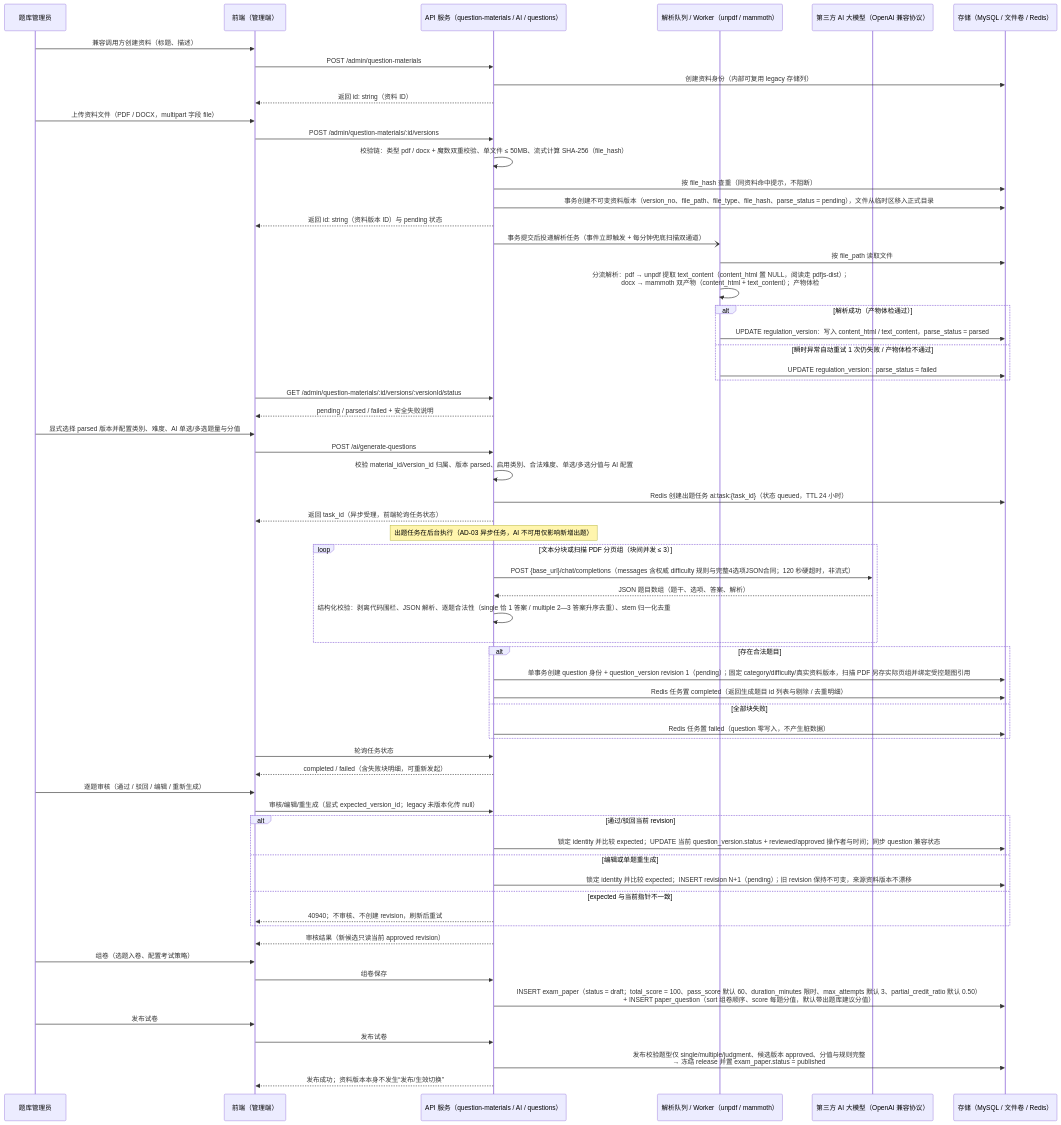
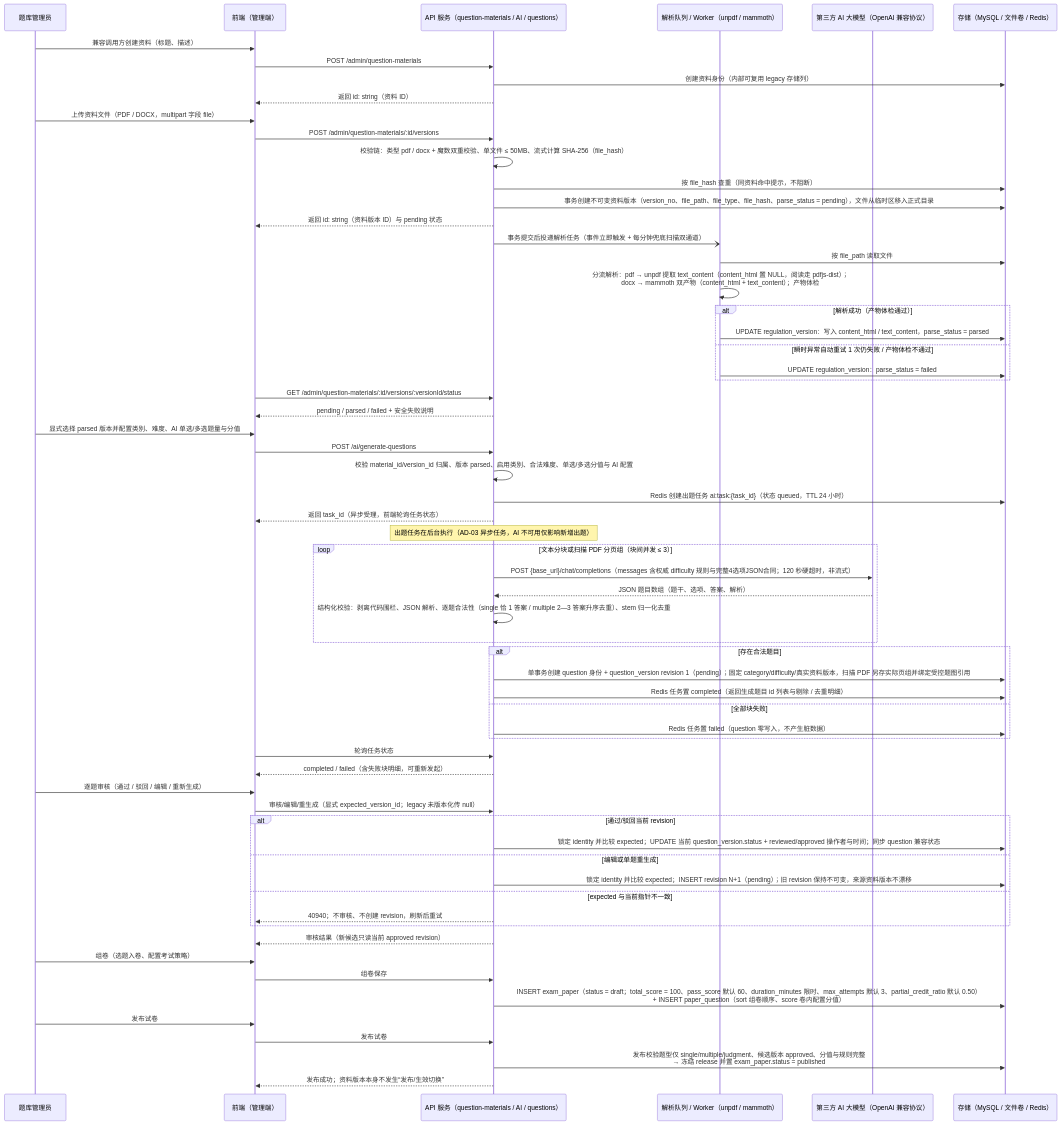
One commit to caoguanjie/emodor-exam changed the sixth of 23 diagrams in docs/design/06-关键流程.md. Above: the diagram before and after it, drawn with Mermaid. The commit also changed other lines of this file and 70 other files, not shown here.

````diff
--- a/docs/design/06-关键流程.md
+++ b/docs/design/06-关键流程.md
@@ -389,74 +389,74 @@
 ```mermaid
 sequenceDiagram
     participant RA as 题库管理员
     participant FE as 前端（管理端）
     participant API as API 服务（question-materials / AI / questions）
     participant W as 解析队列 / Worker（unpdf / mammoth）
     participant AI as 第三方 AI 大模型（OpenAI 兼容协议）
     participant ST as 存储（MySQL / 文件卷 / Redis）
 
     RA ->> FE: 兼容调用方创建资料（标题、描述）
     FE ->> API: POST /admin/question-materials
     API ->> ST: 创建资料身份（内部可复用 legacy 存储列）
     API -->> FE: 返回 id: string（资料 ID）
 
     RA ->> FE: 上传资料文件（PDF / DOCX，multipart 字段 file）
     FE ->> API: POST /admin/question-materials/:id/versions
     API ->> API: 校验链：类型 pdf / docx + 魔数双重校验、单文件 ≤ 50MB、流式计算 SHA-256（file_hash）
     API ->> ST: 按 file_hash 查重（同资料命中提示，不阻断）
     API ->> ST: 事务创建不可变资料版本（version_no、file_path、file_type、file_hash、parse_status = pending），文件从临时区移入正式目录
     API -->> FE: 返回 id: string（资料版本 ID）与 pending 状态
     API -) W: 事务提交后投递解析任务（事件立即触发 + 每分钟兜底扫描双通道）
 
     W ->> ST: 按 file_path 读取文件
     W ->> W: 分流解析：pdf → unpdf 提取 text_content（content_html 置 NULL，阅读走 pdfjs-dist）；<br/>docx → mammoth 双产物（content_html + text_content）；产物体检
     alt 解析成功（产物体检通过）
         W ->> ST: UPDATE regulation_version：写入 content_html / text_content，parse_status = parsed
     else 瞬时异常自动重试 1 次仍失败 / 产物体检不通过
         W ->> ST: UPDATE regulation_version：parse_status = failed
     end
     FE ->> API: GET /admin/question-materials/:id/versions/:versionId/status
     API -->> FE: pending / parsed / failed + 安全失败说明
 
     RA ->> FE: 显式选择 parsed 版本并配置类别、难度、AI 单选/多选题量与分值
     FE ->> API: POST /ai/generate-questions
     API ->> API: 校验 material_id/version_id 归属、版本 parsed、启用类别、合法难度、单选/多选分值与 AI 配置
     API ->> ST: Redis 创建出题任务 ai:task:{task_id}（状态 queued，TTL 24 小时）
     API -->> FE: 返回 task_id（异步受理，前端轮询任务状态）
 
     Note over API: 出题任务在后台执行（AD-03 异步任务，AI 不可用仅影响新增出题）
 
     loop 文本分块或扫描 PDF 分页组（块间并发 ≤ 3）
         API ->> AI: POST {base_url}/chat/completions（messages 含权威 difficulty 规则与完整4选项JSON合同；120 秒硬超时，非流式）
         AI -->> API: JSON 题目数组（题干、选项、答案、解析）
         API ->> API: 结构化校验：剥离代码围栏、JSON 解析、逐题合法性（single 恰 1 答案 / multiple 2—3 答案升序去重）、stem 归一化去重
     end
     alt 存在合法题目
         API ->> ST: 单事务创建 question 身份 + question_version revision 1（pending）；固定 category/difficulty/真实资料版本，扫描 PDF 另存实际页组并绑定受控题图引用
         API ->> ST: Redis 任务置 completed（返回生成题目 id 列表与剔除 / 去重明细）
     else 全部块失败
         API ->> ST: Redis 任务置 failed（question 零写入，不产生脏数据）
     end
     FE ->> API: 轮询任务状态
     API -->> FE: completed / failed（含失败块明细，可重新发起）
 
     RA ->> FE: 逐题审核（通过 / 驳回 / 编辑 / 重新生成）
     FE ->> API: 审核/编辑/重生成（显式 expected_version_id；legacy 未版本化传 null）
     alt 通过/驳回当前 revision
         API ->> ST: 锁定 identity 并比较 expected；UPDATE 当前 question_version.status + reviewed/approved 操作者与时间；同步 question 兼容状态
     else 编辑或单题重生成
         API ->> ST: 锁定 identity 并比较 expected；INSERT revision N+1（pending）；旧 revision 保持不可变，来源资料版本不漂移
     else expected 与当前指针不一致
         API -->> FE: 40940；不审核、不创建 revision，刷新后重试
     end
     API -->> FE: 审核结果（新候选只读当前 approved revision）
 
     RA ->> FE: 组卷（选题入卷、配置考试策略）
     FE ->> API: 组卷保存
-    API ->> ST: INSERT exam_paper（status = draft；total_score = 100、pass_score 默认 60、duration_minutes 限时、max_attempts 默认 3、partial_credit_ratio 默认 0.50）<br/>+ INSERT paper_question（sort 组卷顺序、score 每题分值，默认带出题库建议分值）
+    API ->> ST: INSERT exam_paper（status = draft；total_score = 100、pass_score 默认 60、duration_minutes 限时、max_attempts 默认 3、partial_credit_ratio 默认 0.50）<br/>+ INSERT paper_question（sort 组卷顺序、score 卷内配置分值）
 
     RA ->> FE: 发布试卷
     FE ->> API: 发布试卷
     API ->> ST: 发布校验题型仅 single/multiple/judgment、候选版本 approved、分值与规则完整<br/>→ 冻结 release 并置 exam_paper.status = published
     API -->> FE: 发布成功；资料版本本身不发生“发布/生效切换”
 ```
````
